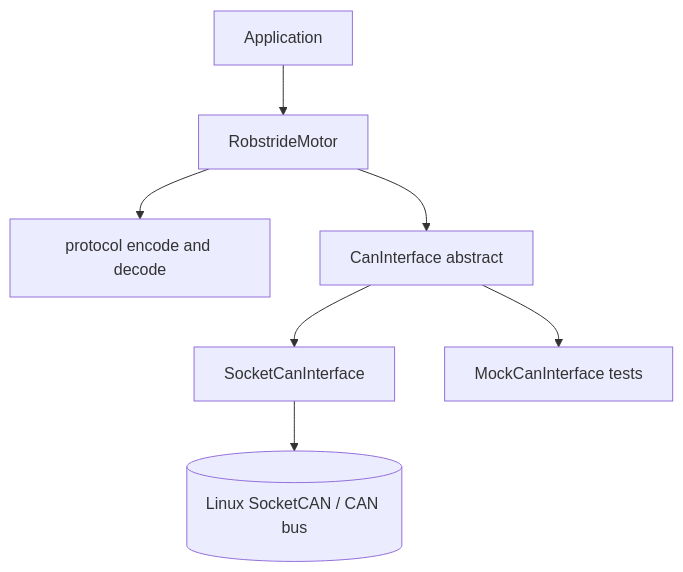
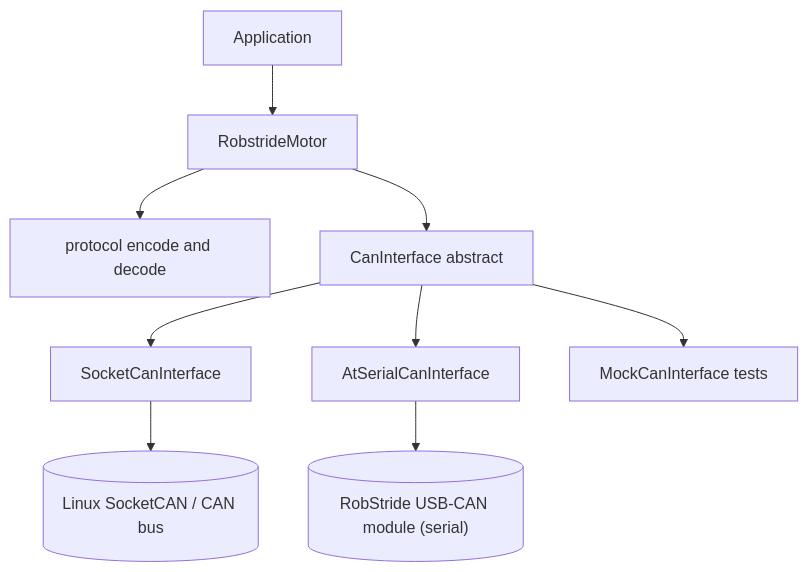
Before and after one commit to masayuki-kono/robstride_driver: the diagram in docs/architecture.md, drawn with Mermaid. The commit also changed other lines of this file and 11 other files, not shown here.

First line of the commit message:
feat: support the official RobStride USB-CAN module (AT serial transport)

````diff
--- a/docs/architecture.md
+++ b/docs/architecture.md
@@ -5,9 +5,11 @@
 ```mermaid
 flowchart TD
     app[Application] --> motor[RobstrideMotor]
     motor --> proto[protocol encode and decode]
     motor --> canif[CanInterface abstract]
     canif --> sock[SocketCanInterface]
+    canif --> serial[AtSerialCanInterface]
     canif --> mock[MockCanInterface tests]
     sock --> bus[("Linux SocketCAN / CAN bus")]
+    serial --> module[("RobStride USB-CAN module (serial)")]
 ```
````
